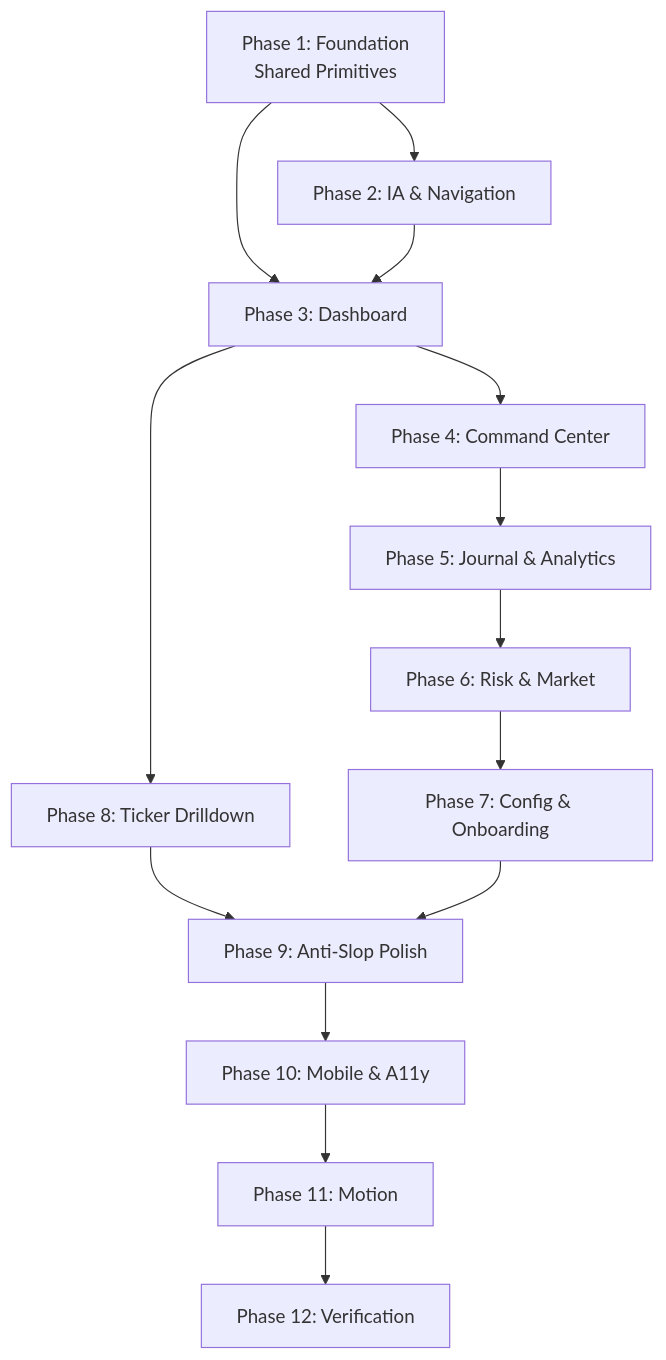
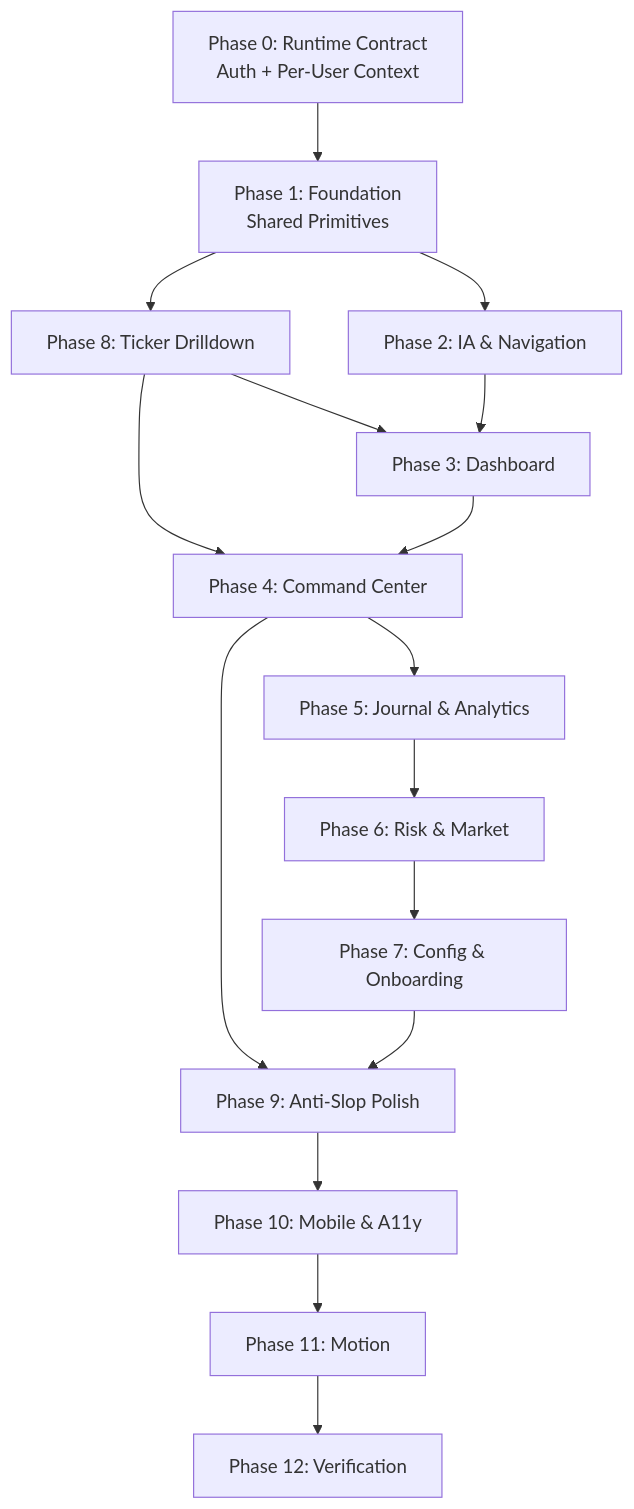
The diagram in docs/plans/ux_ui_refactor_plan.md (Piti9427/my-port-stock), drawn with Mermaid before and after one commit. The commit also changed other lines of this file and 3 other files, not shown here.

````diff
--- a/docs/plans/ux_ui_refactor_plan.md
+++ b/docs/plans/ux_ui_refactor_plan.md
@@ -1136,29 +1550,32 @@
 ```mermaid
 graph TD
+    P0["Phase 0: Runtime Contract<br/>Auth + Per-User Context"]
     P1["Phase 1: Foundation<br/>Shared Primitives"]
     P2["Phase 2: IA & Navigation"]
     P3["Phase 3: Dashboard"]
     P4["Phase 4: Command Center"]
     P5["Phase 5: Journal & Analytics"]
     P6["Phase 6: Risk & Market"]
     P7["Phase 7: Config & Onboarding"]
     P8["Phase 8: Ticker Drilldown"]
     P9["Phase 9: Anti-Slop Polish"]
     P10["Phase 10: Mobile & A11y"]
     P11["Phase 11: Motion"]
     P12["Phase 12: Verification"]
 
+    P0 --> P1
+    P1 --> P8
+    P8 --> P3
+    P8 --> P4
     P1 --> P2
-    P1 --> P3
     P2 --> P3
     P3 --> P4
-    P3 --> P8
     P4 --> P5
     P5 --> P6
     P6 --> P7
-    P8 --> P9
+    P4 --> P9
     P7 --> P9
     P9 --> P10
     P10 --> P11
     P11 --> P12
 ```
````
